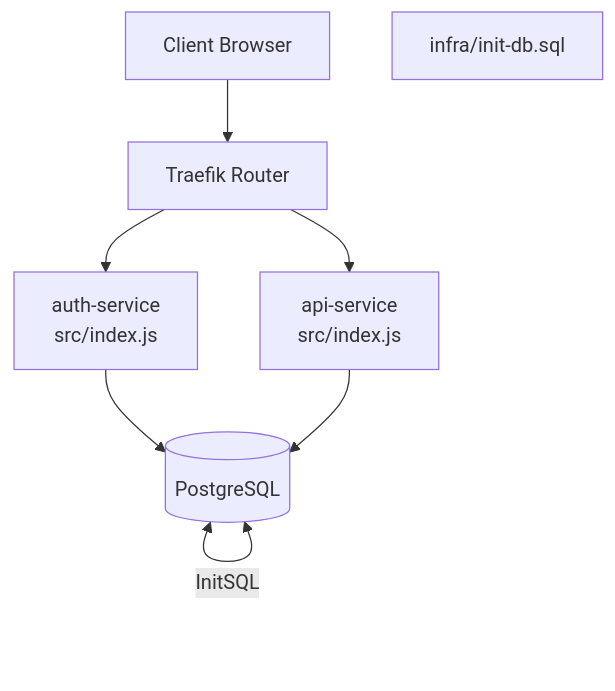
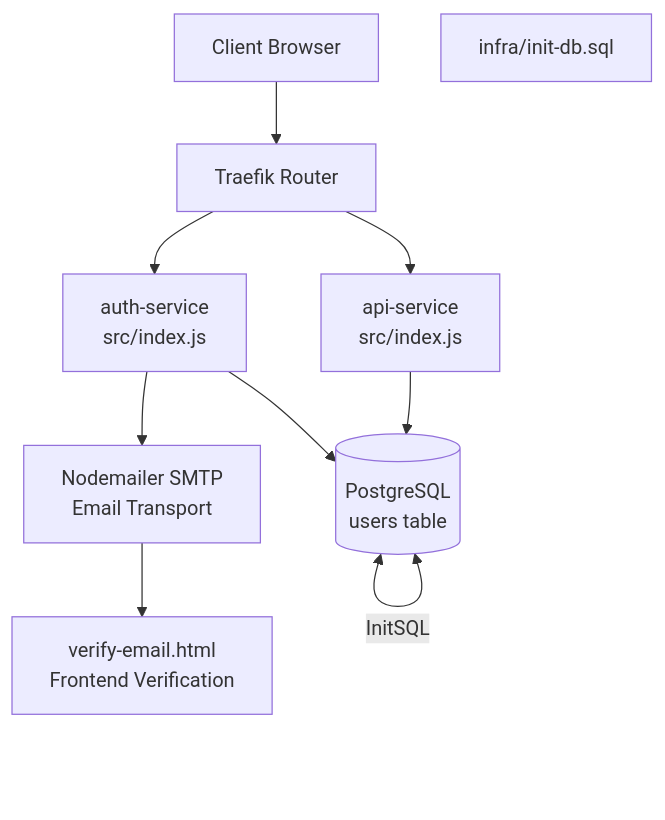
The second of 14 diagrams in .qoder/repowiki/en/content/Authentication Service.md (ikramhh/signvue-project), drawn with Mermaid before and after one commit. The commit also changed other lines of this file and 4 other files, not shown here.

````diff
--- a/.qoder/repowiki/en/content/Authentication Service.md
+++ b/.qoder/repowiki/en/content/Authentication Service.md
@@ -91,15 +103,19 @@
 ```mermaid
 graph TB
 Client["Client Browser"]
 Traefik["Traefik Router"]
 AuthSvc["auth-service<br/>src/index.js"]
 APIService["api-service<br/>src/index.js"]
-DB[("PostgreSQL")]
+DB[("PostgreSQL<br/>users table")]
 InitSQL["infra/init-db.sql"]
+Mailer["Nodemailer SMTP<br/>Email Transport"]
+VerifyPage["verify-email.html<br/>Frontend Verification"]
 Client --> Traefik
 Traefik --> AuthSvc
 Traefik --> APIService
 AuthSvc --> DB
+AuthSvc --> Mailer
 APIService --> DB
 DB <-- InitSQL --> DB
+Mailer --> VerifyPage
 ```
````
